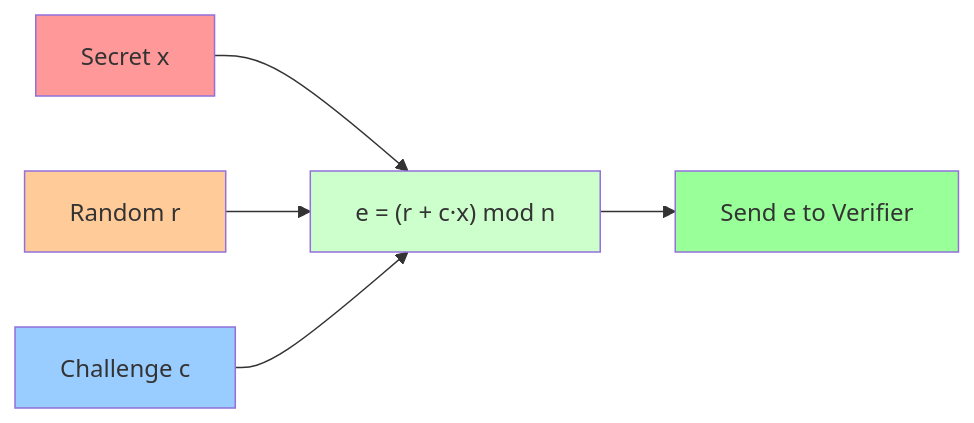
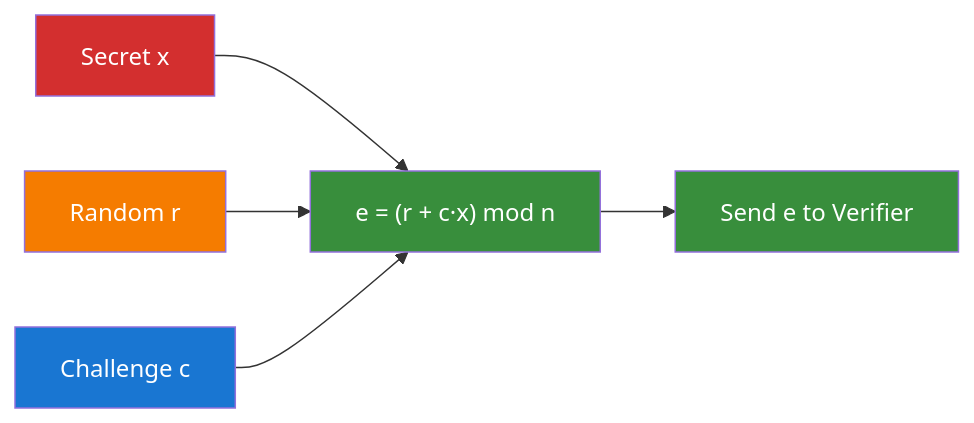
Before and after one commit to teddyjfpender/starknet-kms: the third of 3 diagrams in packages/crypto/src/chaum-pedersen/PROTOCOL.md, drawn with Mermaid. The commit also changed other lines of this file and 3 other files, not shown here.

````diff
--- a/packages/crypto/src/chaum-pedersen/PROTOCOL.md
+++ b/packages/crypto/src/chaum-pedersen/PROTOCOL.md
@@ -79,13 +79,13 @@
 ```mermaid
 graph LR
     A[Secret x] --> D["e = (r + c·x) mod n"]
     B[Random r] --> D
     C[Challenge c] --> D
     D --> E["Send e to Verifier"]
     
-    style A fill:#ff9999
-    style B fill:#ffcc99
-    style C fill:#99ccff
-    style D fill:#ccffcc
-    style E fill:#99ff99
+    style A fill:#d32f2f,color:#fff
+    style B fill:#f57c00,color:#fff
+    style C fill:#1976d2,color:#fff
+    style D fill:#388e3c,color:#fff
+    style E fill:#388e3c,color:#fff
 ```
````
